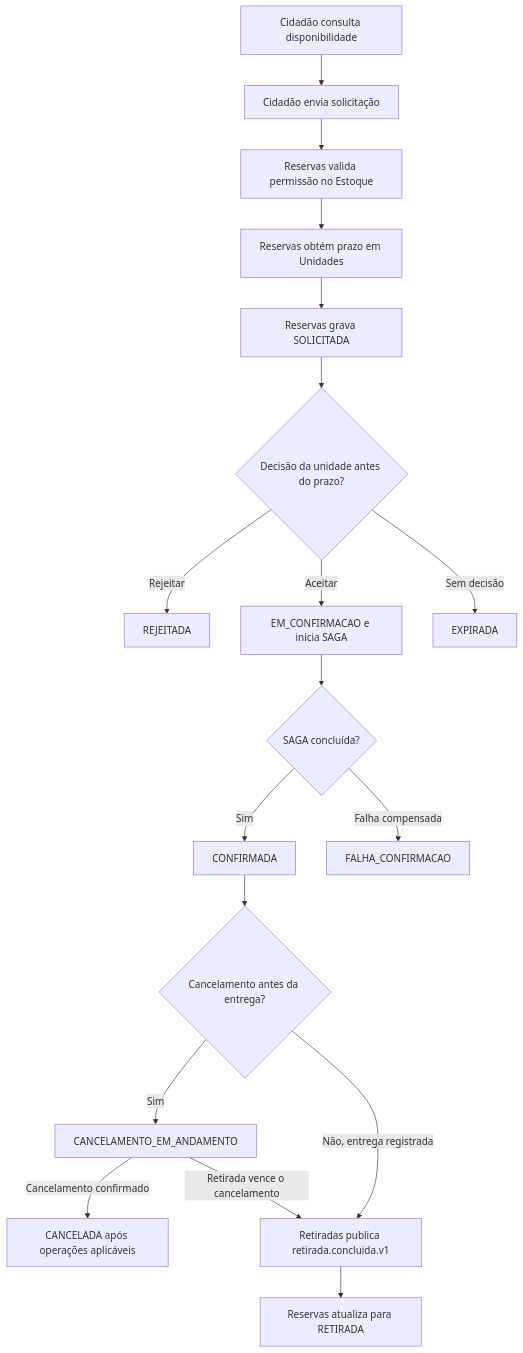
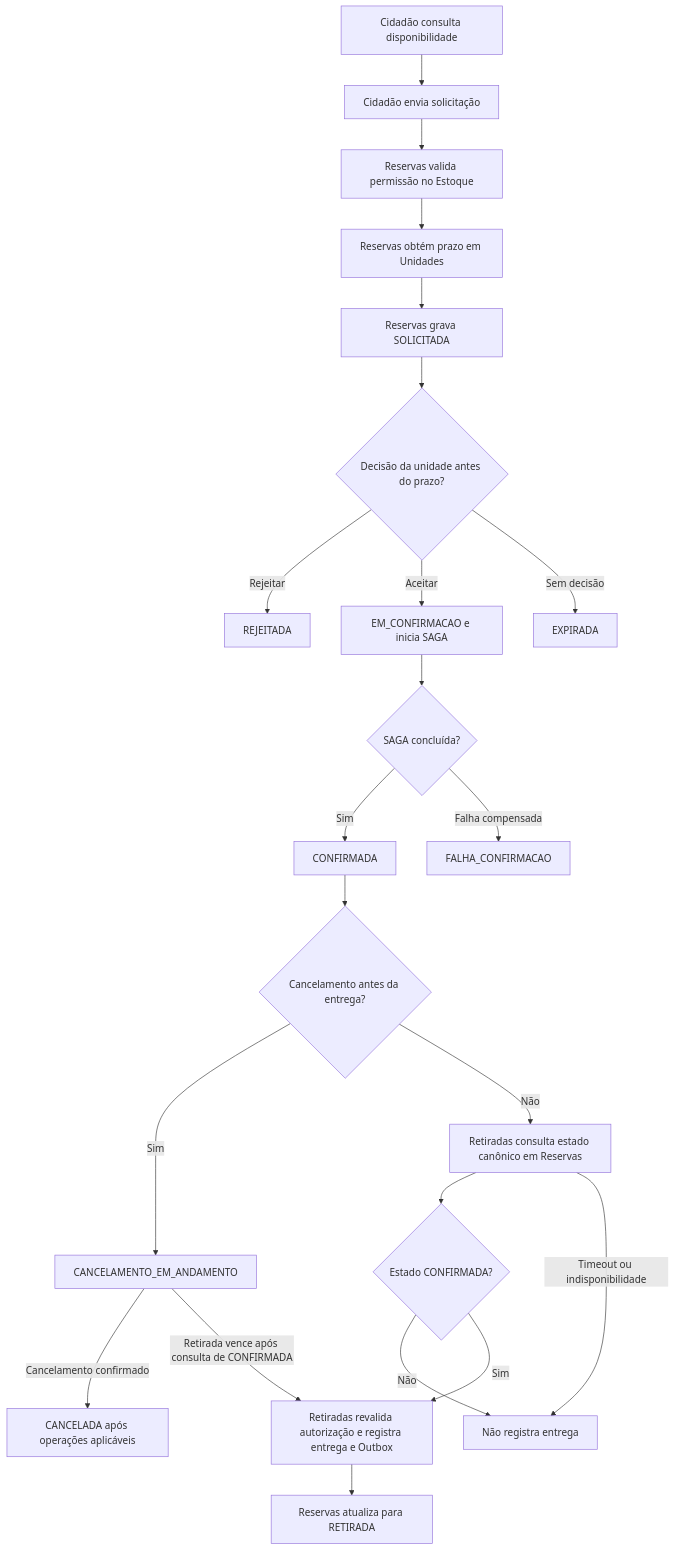
Before and after one commit to ArthurDp78/GlicoAcesso: the diagram in docs/parte-2/03-fluxo-reservas.md, drawn with Mermaid. The commit also changed other lines of this file and 12 other files, not shown here.

Commit message:
fix: validar reserva confirmada antes da retirada

````diff
--- a/docs/parte-2/03-fluxo-reservas.md
+++ b/docs/parte-2/03-fluxo-reservas.md
@@ -55,20 +55,24 @@
 ```mermaid
 flowchart TD
     A["Cidadão consulta disponibilidade"] --> B["Cidadão envia solicitação"]
     B --> C["Reservas valida permissão no Estoque"]
     C --> D["Reservas obtém prazo em Unidades"]
     D --> E["Reservas grava SOLICITADA"]
     E --> F{"Decisão da unidade antes do prazo?"}
     F -->|"Rejeitar"| G["REJEITADA"]
     F -->|"Aceitar"| H["EM_CONFIRMACAO e inicia SAGA"]
     F -->|"Sem decisão"| I["EXPIRADA"]
     H --> J{"SAGA concluída?"}
     J -->|"Sim"| K["CONFIRMADA"]
     J -->|"Falha compensada"| L["FALHA_CONFIRMACAO"]
     K --> M{"Cancelamento antes da entrega?"}
     M -->|"Sim"| N["CANCELAMENTO_EM_ANDAMENTO"]
     N -->|"Cancelamento confirmado"| O["CANCELADA após operações aplicáveis"]
-    M -->|"Não, entrega registrada"| P["Retiradas publica retirada.concluida.v1"]
-    N -->|"Retirada vence o cancelamento"| P
+    M -->|"Não"| V["Retiradas consulta estado canônico em Reservas"]
+    V --> S{"Estado CONFIRMADA?"}
+    V -->|"Timeout ou indisponibilidade"| X["Não registra entrega"]
+    S -->|"Não"| X
+    S -->|"Sim"| P["Retiradas revalida autorização e registra entrega e Outbox"]
+    N -->|"Retirada vence após consulta de CONFIRMADA"| P
     P --> Q["Reservas atualiza para RETIRADA"]
 ```
````
